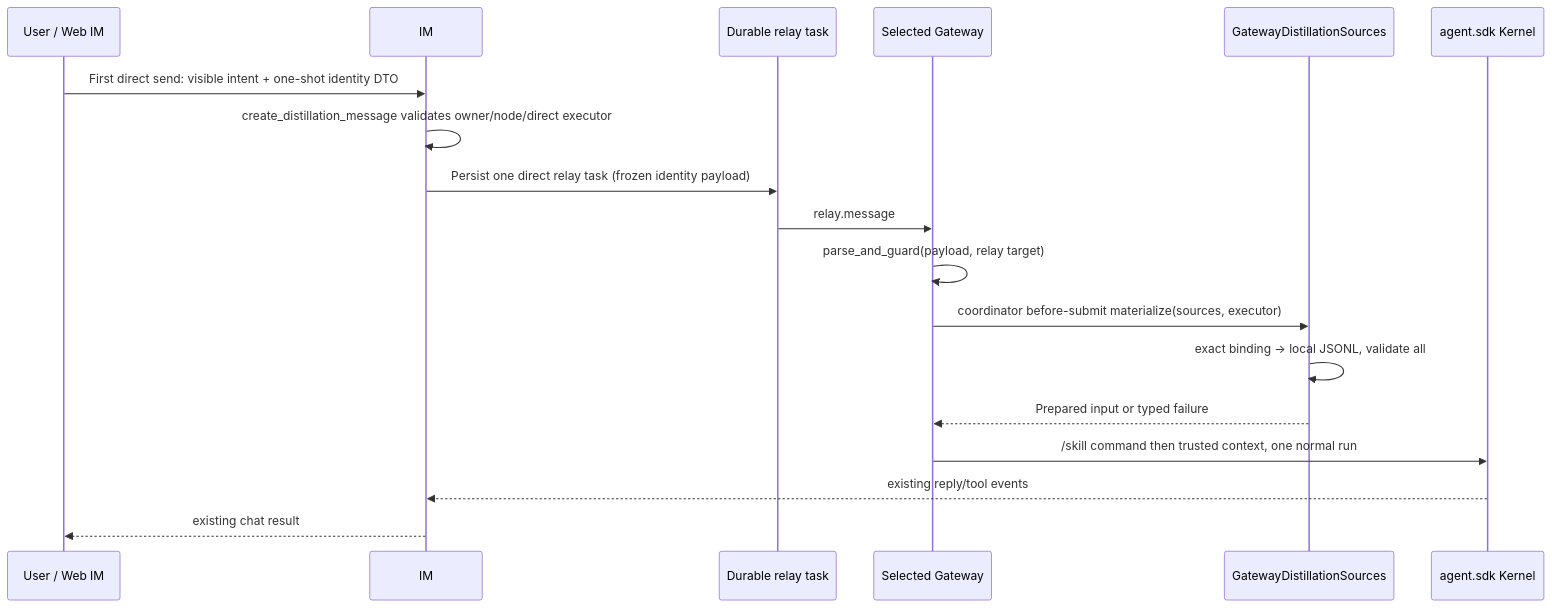
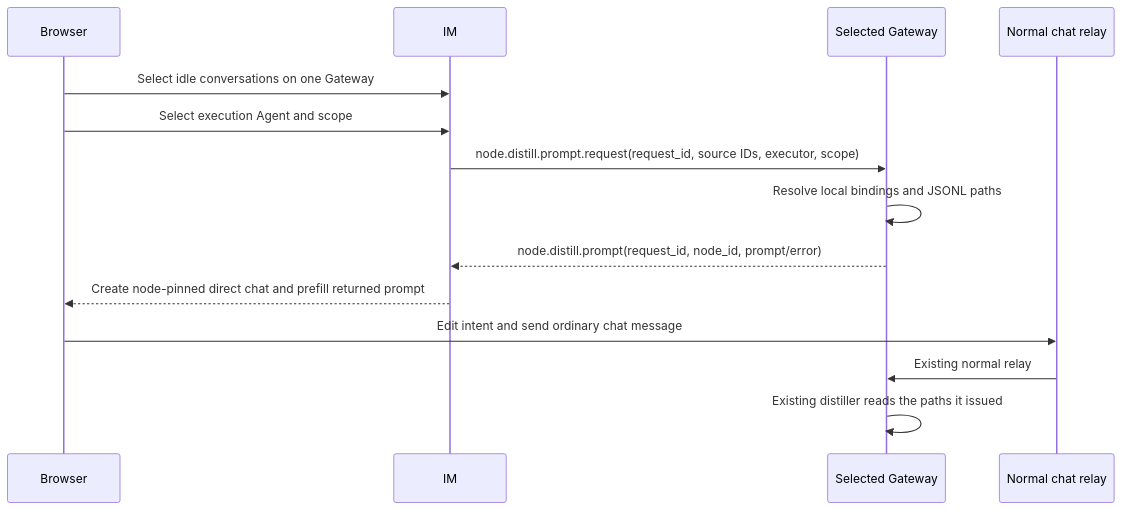
Before and after one commit to Mrchen116/nano-multiagent: the diagram in docs/changes/bugfix-518-gateway-owned-skill-distill/design.md, drawn with Mermaid. The commit also changed other lines of this file and 7 other files, not shown here.

Commit message:
docs: simplify gateway distill prompt design

````diff
--- a/docs/changes/bugfix-518-gateway-owned-skill-distill/design.md
+++ b/docs/changes/bugfix-518-gateway-owned-skill-distill/design.md
@@ -195,21 +31,17 @@
 ```mermaid
 sequenceDiagram
-    participant U as User / Web IM
-    participant IM as IM
-    participant R as Durable relay task
+    participant B as Browser
+    participant I as IM
     participant G as Selected Gateway
-    participant S as GatewayDistillationSources
-    participant K as agent.sdk Kernel
+    participant C as Normal chat relay
 
-    U->>IM: First direct send: visible intent + one-shot identity DTO
-    IM->>IM: create_distillation_message validates owner/node/direct executor
-    IM->>R: Persist one direct relay task (frozen identity payload)
-    R->>G: relay.message
-    G->>G: parse_and_guard(payload, relay target)
-    G->>S: coordinator before-submit materialize(sources, executor)
-    S->>S: exact binding -> local JSONL, validate all
-    S-->>G: Prepared input or typed failure
-    G->>K: /skill command then trusted context, one normal run
-    K-->>IM: existing reply/tool events
-    IM-->>U: existing chat result
+    B->>I: Select idle conversations on one Gateway
+    B->>I: Select execution Agent and scope
+    I->>G: node.distill.prompt.request(request_id, source IDs, executor, scope)
+    G->>G: Resolve local bindings and JSONL paths
+    G-->>I: node.distill.prompt(request_id, node_id, prompt/error)
+    I-->>B: Create node-pinned direct chat and prefill returned prompt
+    B->>C: Edit intent and send ordinary chat message
+    C->>G: Existing normal relay
+    G->>G: Existing distiller reads the paths it issued
 ```
````
